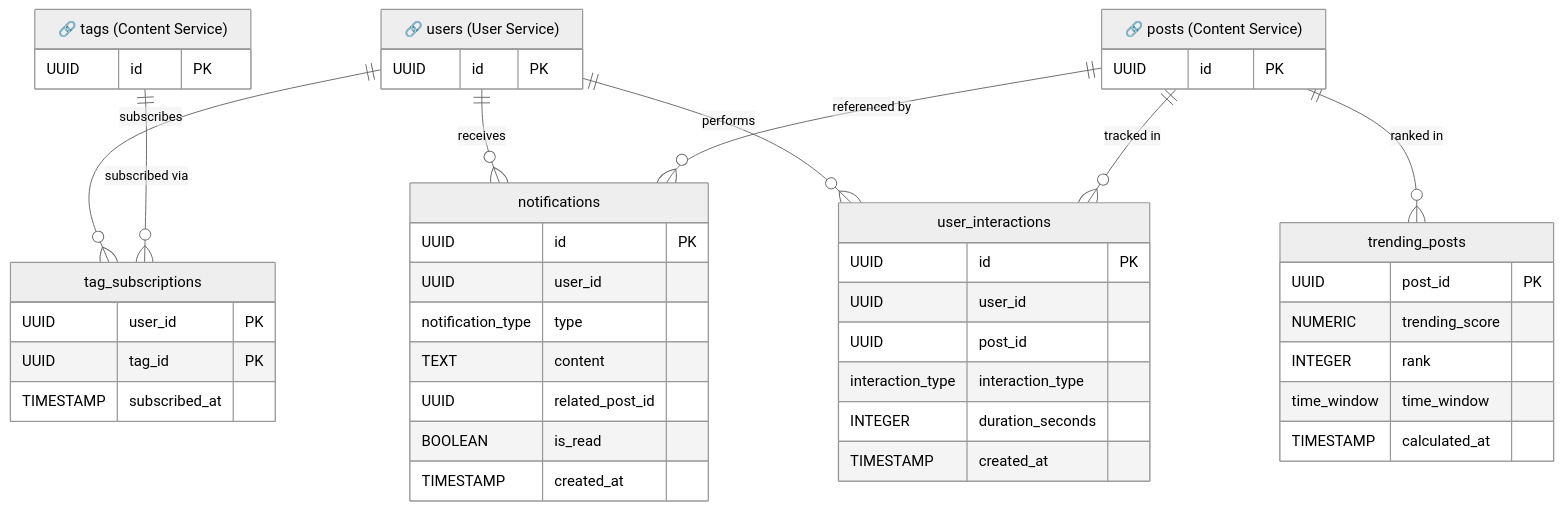
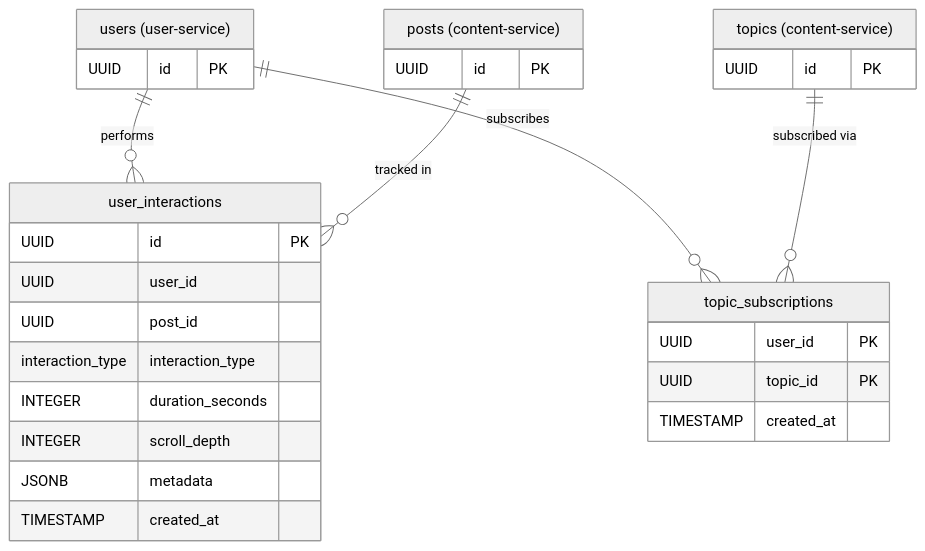
One commit to AET-DevOps26/team-colleague-md changed the diagram in docs/database/recommendation_service_schema.md. Above: the diagram before and after it, drawn with Mermaid (neutral theme). The commit also changed other lines of this file and 6 other files, not shown here.

First line of the commit message:
docs: refine service data schemas and align project scope design

````diff
--- a/docs/database/recommendation_service_schema.md
+++ b/docs/database/recommendation_service_schema.md
@@ -104,55 +67,34 @@
 ```mermaid
 erDiagram
-    USERS_EXT["🔗 users (User Service)"] {
+    users_ext["users (user-service)"] {
         UUID id PK
     }
-
-    POSTS_EXT["🔗 posts (Content Service)"] {
+    posts_ext["posts (content-service)"] {
         UUID id PK
     }
-
-    TAGS_EXT["🔗 tags (Content Service)"] {
+    topics_ext["topics (content-service)"] {
         UUID id PK
     }
 
     user_interactions {
         UUID id PK
         UUID user_id
         UUID post_id
         interaction_type interaction_type
         INTEGER duration_seconds
+        INTEGER scroll_depth
+        JSONB metadata
         TIMESTAMP created_at
     }
 
-    tag_subscriptions {
+    topic_subscriptions {
         UUID user_id PK
-        UUID tag_id PK
-        TIMESTAMP subscribed_at
-    }
-
-    trending_posts {
-        UUID post_id PK
-        NUMERIC trending_score
-        INTEGER rank
-        time_window time_window
-        TIMESTAMP calculated_at
-    }
-
-    notifications {
-        UUID id PK
-        UUID user_id
-        notification_type type
-        TEXT content
-        UUID related_post_id
-        BOOLEAN is_read
+        UUID topic_id PK
         TIMESTAMP created_at
     }
 
-    USERS_EXT ||--o{ user_interactions : "performs"
-    USERS_EXT ||--o{ tag_subscriptions : "subscribes"
-    USERS_EXT ||--o{ notifications : "receives"
-    POSTS_EXT ||--o{ user_interactions : "tracked in"
-    POSTS_EXT ||--o{ trending_posts : "ranked in"
-    POSTS_EXT ||--o{ notifications : "referenced by"
-    TAGS_EXT ||--o{ tag_subscriptions : "subscribed via"
+    users_ext ||--o{ user_interactions : "performs"
+    users_ext ||--o{ topic_subscriptions : "subscribes"
+    posts_ext ||--o{ user_interactions : "tracked in"
+    topics_ext ||--o{ topic_subscriptions : "subscribed via"
 ```
````
